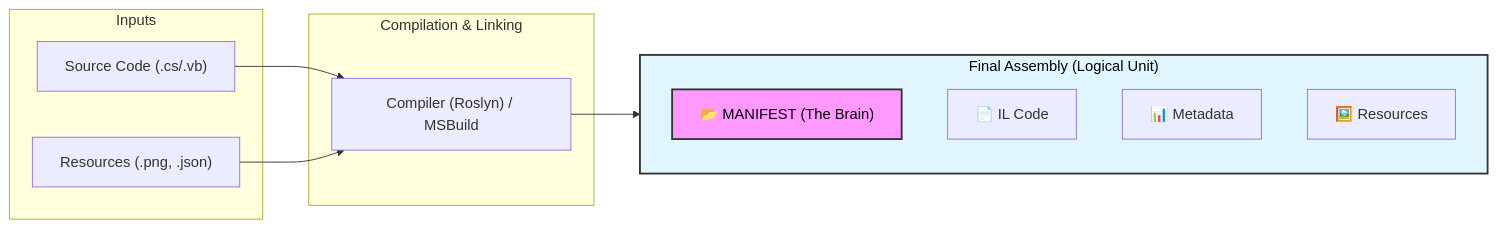
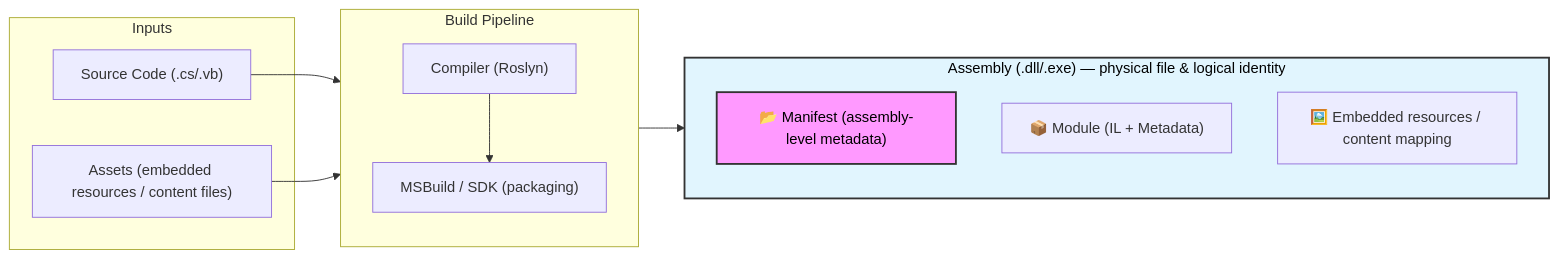
The diagram in book/chapter1/01-02-combining-managed-modules-into-assemblies.md (hesenhuseynov/CSharp.Via.CLR.Modern.Revision), drawn with Mermaid before and after one commit.

````diff
--- a/book/chapter1/01-02-combining-managed-modules-into-assemblies.md
+++ b/book/chapter1/01-02-combining-managed-modules-into-assemblies.md
@@ -20,26 +20,28 @@
 ```mermaid
 flowchart LR
     subgraph Inputs ["Inputs"]
         SC["Source Code (.cs/.vb)"]
-        RES["Resources (.png, .json)"]
+        RES["Assets (embedded resources / content files)"]
     end
 
-    subgraph Tool ["Compilation & Linking"]
-        C1["Compiler (Roslyn) / MSBuild"]
+    subgraph Tool ["Build Pipeline"]
+        direction TB
+        C1["Compiler (Roslyn)"]
+        B1["MSBuild / SDK (packaging)"]
     end
 
-    subgraph Output ["Final Assembly (Logical Unit)"]
+    subgraph Output ["Assembly (.dll/.exe) — physical file & logical identity"]
         direction TB
-        MAN["📂 MANIFEST (The Brain)"]
-        IL["📄 IL Code"]
-        META["📊 Metadata"]
-        R_OUT["🖼️ Resources"]
+        MAN["📂 Manifest (assembly-level metadata)"]
+        MOD["📦 Module (IL + Metadata)"]
+        R_OUT["🖼️ Embedded resources / content mapping"]
     end
 
     SC --> C1
-    RES --> C1
-    C1 --> Output
+    C1 --> B1
+    RES --> B1
+    B1 --> Output
     
     style MAN fill:#f9f,stroke:#333,stroke-width:2px,color:black
     style Output fill:#e1f5fe,stroke:#333,stroke-width:2px,color:black
 ```
````
